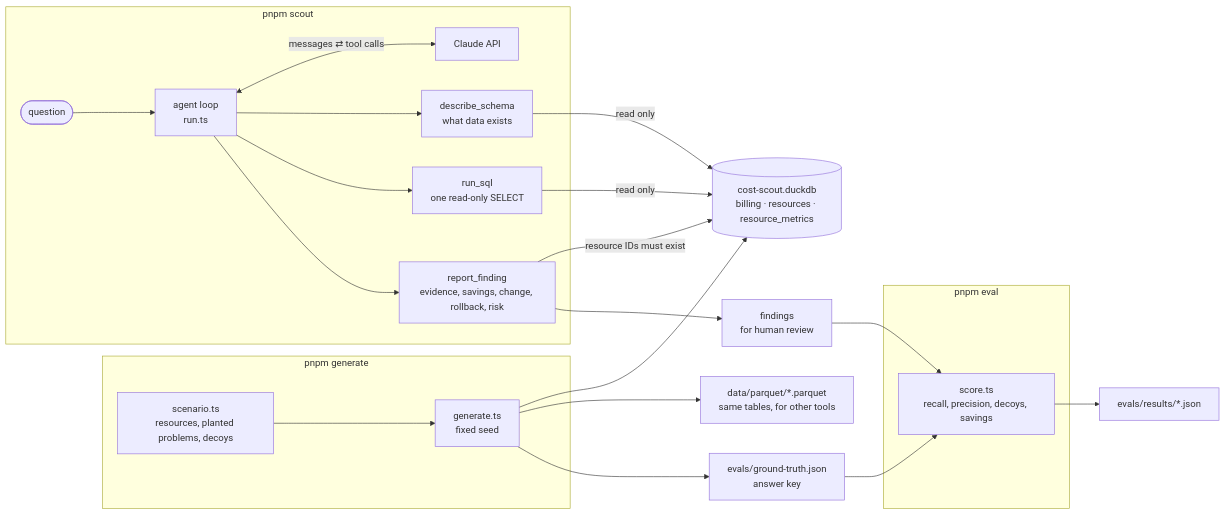
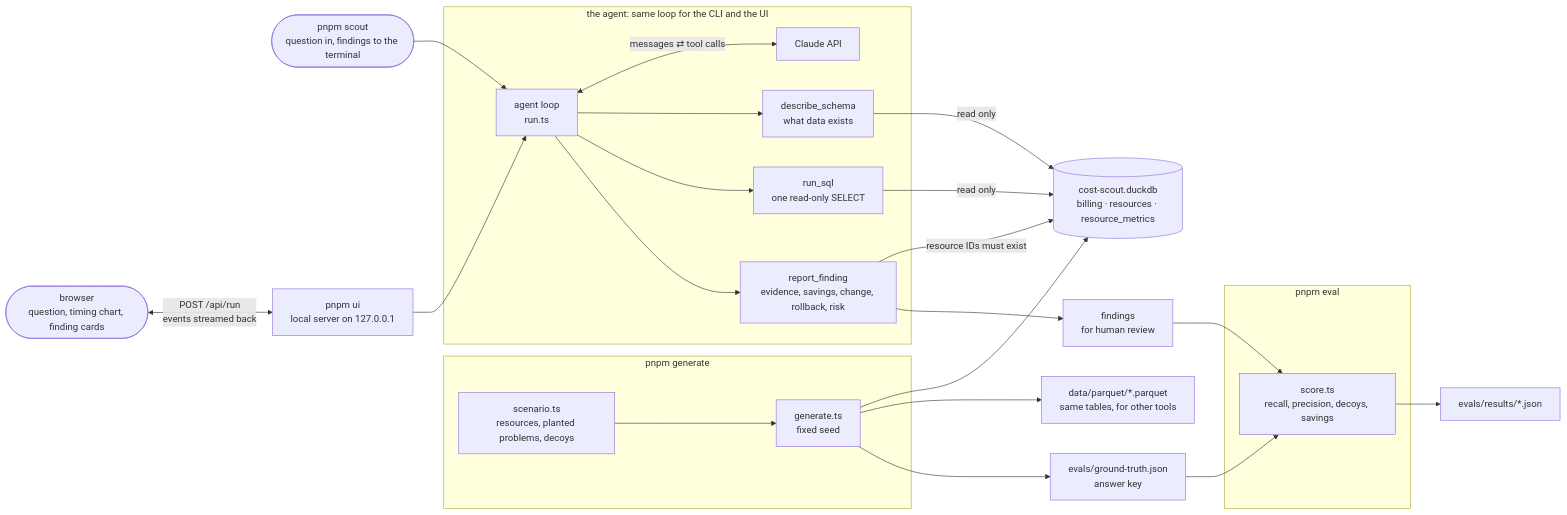
One commit to rtmalone/cost-scout changed the diagram in README.md. Above: the diagram before and after it, drawn with Mermaid. The commit also changed other lines of this file and 1 other file, not shown here.

````diff
--- a/README.md
+++ b/README.md
@@ -9,31 +13,35 @@
 ```mermaid
 flowchart LR
     subgraph generate ["pnpm generate"]
         scenario["scenario.ts<br/>resources, planted problems, decoys"] --> gen["generate.ts<br/>fixed seed"]
     end
 
     gen --> db[("cost-scout.duckdb<br/>billing · resources · resource_metrics")]
     gen --> parquet["data/parquet/*.parquet<br/>same tables, for other tools"]
     gen --> truth["evals/ground-truth.json<br/>answer key"]
 
-    subgraph scout ["pnpm scout"]
-        question([question]) --> loop["agent loop<br/>run.ts"]
+    cli(["pnpm scout<br/>question in, findings to the terminal"]) --> loop
+    browser(["browser<br/>question, timing chart, finding cards"]) <-->|"POST /api/run<br/>events streamed back"| server["pnpm ui<br/>local server on 127.0.0.1"]
+    server --> loop
+
+    subgraph agent ["the agent: same loop for the CLI and the UI"]
+        loop["agent loop<br/>run.ts"]
         loop <-->|"messages ⇄ tool calls"| claude["Claude API"]
         loop --> describe["describe_schema<br/>what data exists"]
         loop --> sql["run_sql<br/>one read-only SELECT"]
         loop --> report["report_finding<br/>evidence, savings, change, rollback, risk"]
     end
 
     describe -->|read only| db
     sql -->|read only| db
     report -->|"resource IDs must exist"| db
     report --> findings["findings<br/>for human review"]
 
     subgraph eval ["pnpm eval"]
         score["score.ts<br/>recall, precision, decoys, savings"]
     end
 
     findings --> score
     truth --> score
     score --> results["evals/results/*.json"]
 ```
````
